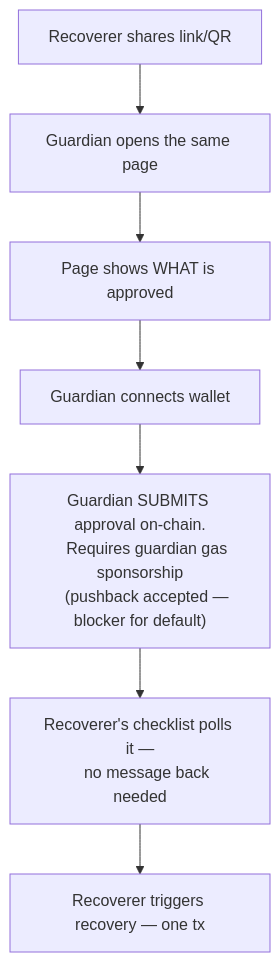
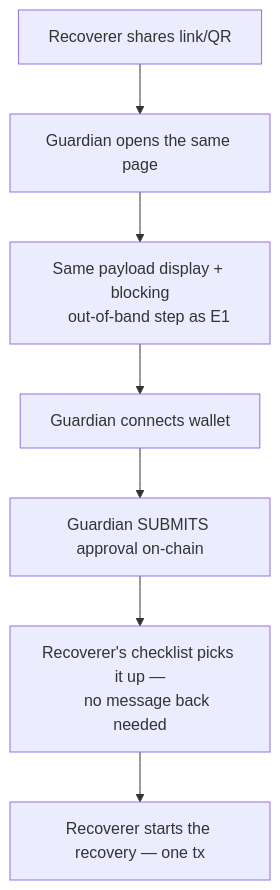
Before and after one commit to FiboAtWonder/kohaku-extension: the eighth of 10 diagrams in social-recovery-ux-flows.md, drawn with Mermaid. The commit also changed other lines of this file, not shown here.

Commit message:
docs: apply approved 6-perspective review fixes to social recovery UX flows

````diff
--- a/social-recovery-ux-flows.md
+++ b/social-recovery-ux-flows.md
@@ -274,12 +392,11 @@
 ```mermaid
 flowchart TD
     A[Recoverer shares link/QR] --> B[Guardian opens the same page]
-    B --> C[Page shows WHAT is approved]
+    B --> C["Same payload display + blocking
+    out-of-band step as E1"]
     C --> D[Guardian connects wallet]
-    D --> E["Guardian SUBMITS approval on-chain.
-    Requires guardian gas sponsorship
-    (pushback accepted — blocker for default)"]
-    E --> F["Recoverer's checklist polls it —
+    D --> E["Guardian SUBMITS approval on-chain"]
+    E --> F["Recoverer's checklist picks it up —
     no message back needed"]
-    F --> G[Recoverer triggers recovery — one tx]
+    F --> G[Recoverer starts the recovery — one tx]
 ```
````
